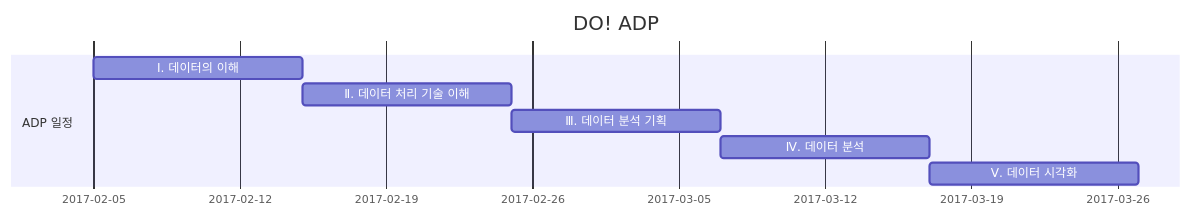
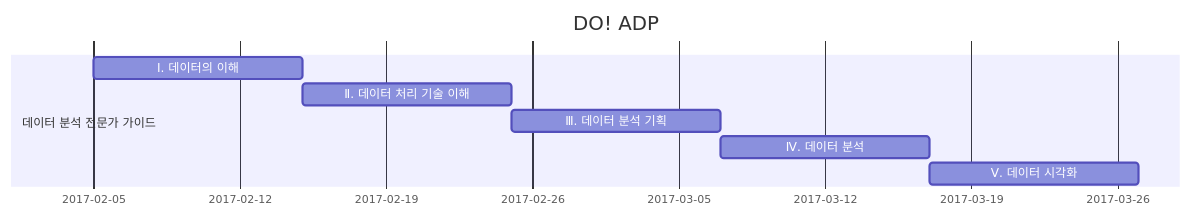
One commit to jacegem/Today-I-Learned changed the diagram in doc/adp.md. Above: the diagram before and after it, drawn with Mermaid.

Commit message:
Updates doc/adp.md
Auto commit by GitBook Editor

```diff
--- a/doc/adp.md
+++ b/doc/adp.md
@@ -3,11 +3,11 @@
 {% mermaid %}
 gantt
         dateFormat  YYYY-MM-DD
         title DO! ADP
-        section ADP 일정
+        section 데이터 분석 전문가 가이드
         Ⅰ. 데이터의 이해         : Active, 2017-02-05, 10d
         Ⅱ. 데이터 처리 기술 이해              :  10d
         Ⅲ. 데이터 분석 기획              :  10d
         Ⅳ. 데이터 분석             :  10d
         Ⅴ. 데이터 시각화 : 10d
 {% endmermaid %}
```
